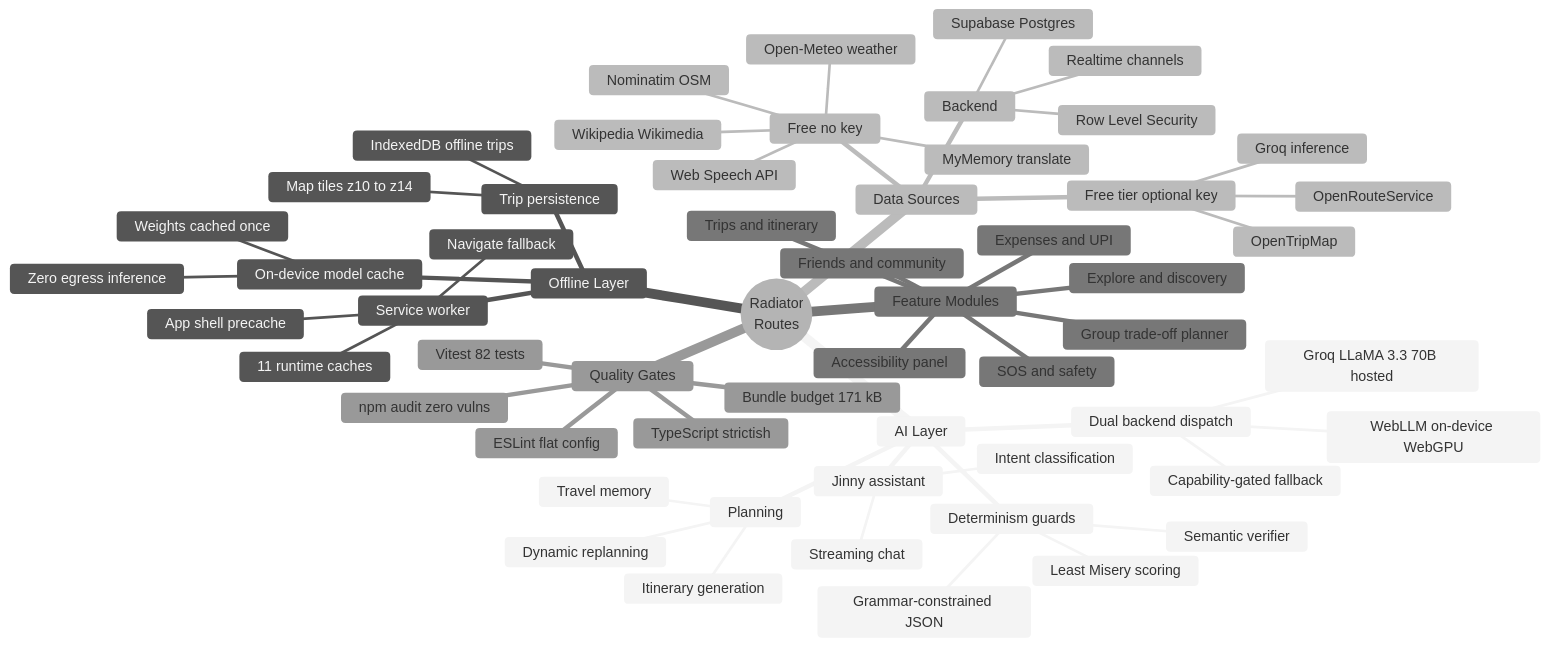
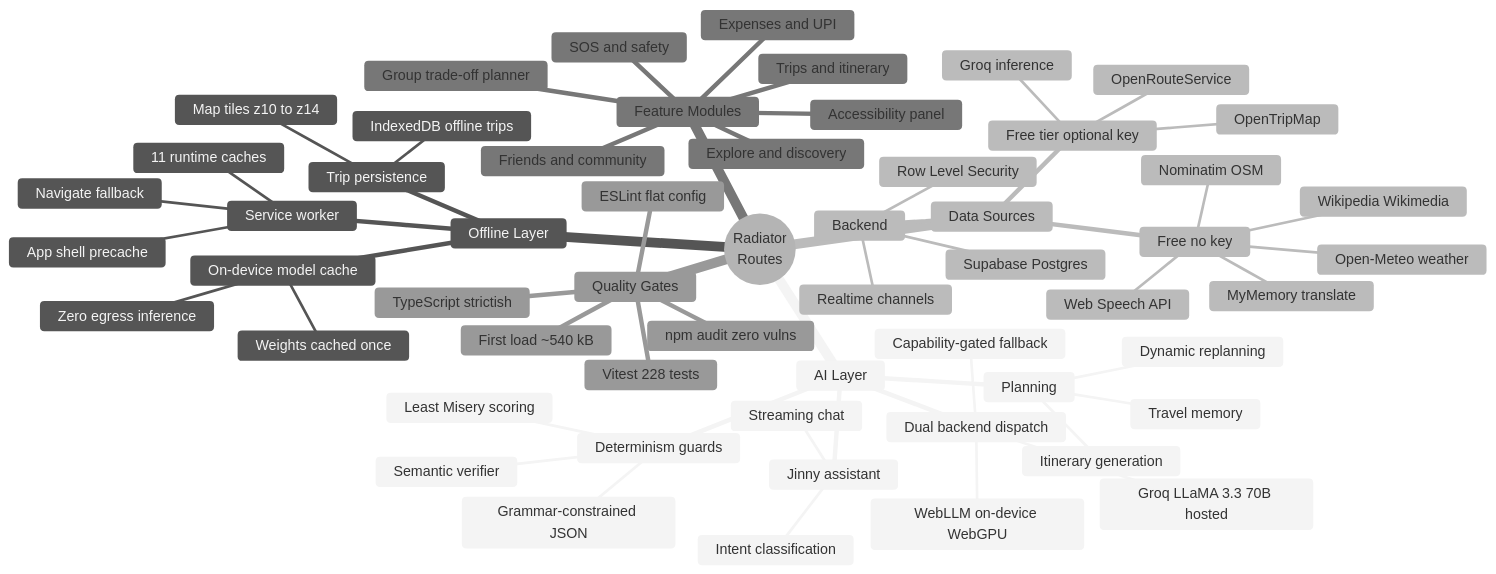
One commit to HarshTambade/Radiator-Routes changed the first of 2 diagrams in README.md. Above: the diagram before and after it, drawn with Mermaid (neutral theme). The commit also changed other lines of this file and 3 other files, not shown here.

````diff
--- a/README.md
+++ b/README.md
@@ -44,60 +44,60 @@
 ```mermaid
 mindmap
   root((Radiator<br/>Routes))
     AI Layer
       Dual backend dispatch
         Groq LLaMA 3.3 70B hosted
         WebLLM on-device WebGPU
         Capability-gated fallback
       Jinny assistant
         Streaming chat
         Intent classification
       Planning
         Itinerary generation
         Dynamic replanning
         Travel memory
       Determinism guards
         Grammar-constrained JSON
         Semantic verifier
         Least Misery scoring
     Offline Layer
       Service worker
         App shell precache
         11 runtime caches
         Navigate fallback
       Trip persistence
         IndexedDB offline trips
         Map tiles z10 to z14
       On-device model cache
         Weights cached once
         Zero egress inference
     Data Sources
       Free no key
         Open-Meteo weather
         Nominatim OSM
         Wikipedia Wikimedia
         Web Speech API
         MyMemory translate
       Free tier optional key
         Groq inference
         OpenRouteService
         OpenTripMap
       Backend
         Supabase Postgres
         Row Level Security
         Realtime channels
     Feature Modules
       Trips and itinerary
       Group trade-off planner
       Explore and discovery
       Friends and community
       Expenses and UPI
       SOS and safety
       Accessibility panel
     Quality Gates
       TypeScript strictish
       ESLint flat config
-      Vitest 82 tests
+      Vitest 228 tests
       npm audit zero vulns
-      Bundle budget 171 kB
+      First load ~540 kB
 ```
````
